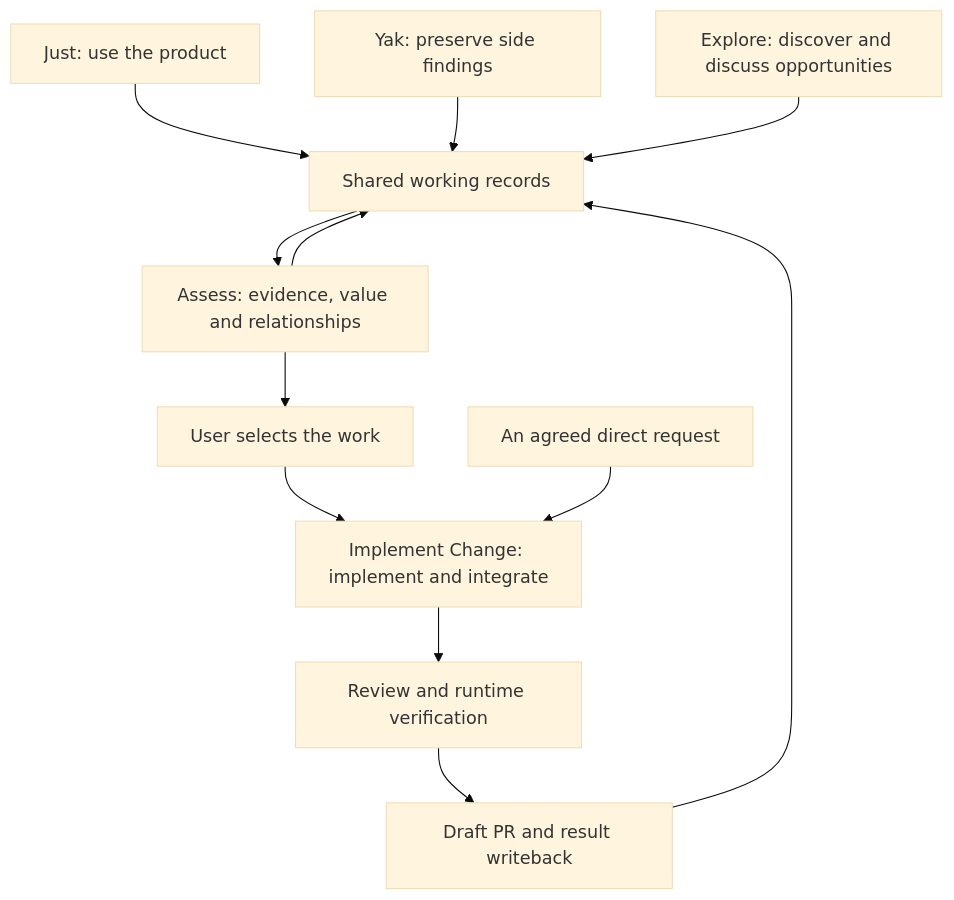
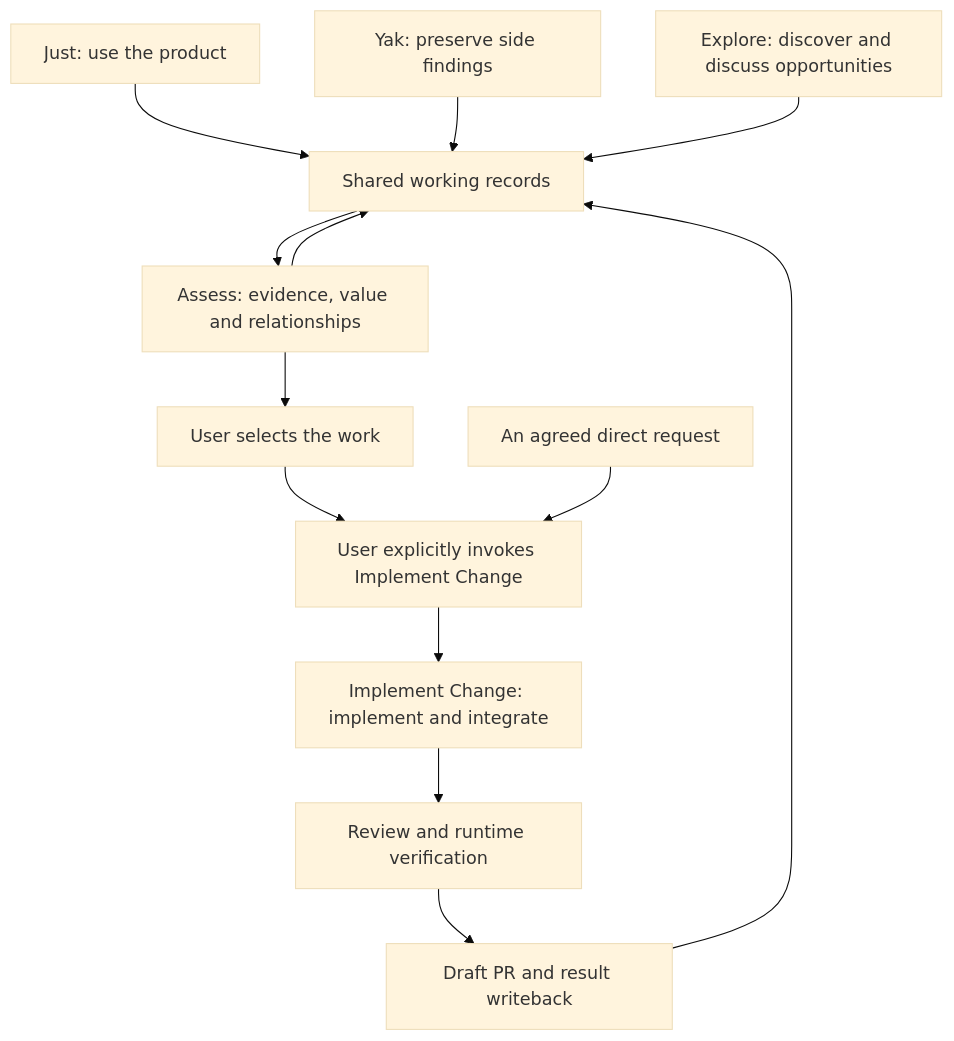
One commit to SaKaNa-Y/skills changed the diagram in README.md. Above: the diagram before and after it, drawn with Mermaid (base theme). The commit also changed other lines of this file and 2 other files, not shown here.

Commit message:
fix(implement-change): require explicit user invocation

````diff
--- a/README.md
+++ b/README.md
@@ -297,14 +297,15 @@
 ```mermaid
 flowchart TD
     J["Just: use the product"] --> R["Shared working records"]
     Y["Yak: preserve side findings"] --> R
     E["Explore: discover and discuss opportunities"] --> R
     R --> A["Assess: evidence, value and relationships"]
     A --> R
     A --> U["User selects the work"]
-    U --> I["Implement Change: implement and integrate"]
-    D["An agreed direct request"] --> I
+    U --> X["User explicitly invokes Implement Change"]
+    D["An agreed direct request"] --> X
+    X --> I["Implement Change: implement and integrate"]
     I --> V["Review and runtime verification"]
     V --> P["Draft PR and result writeback"]
     P --> R
 ```
````
